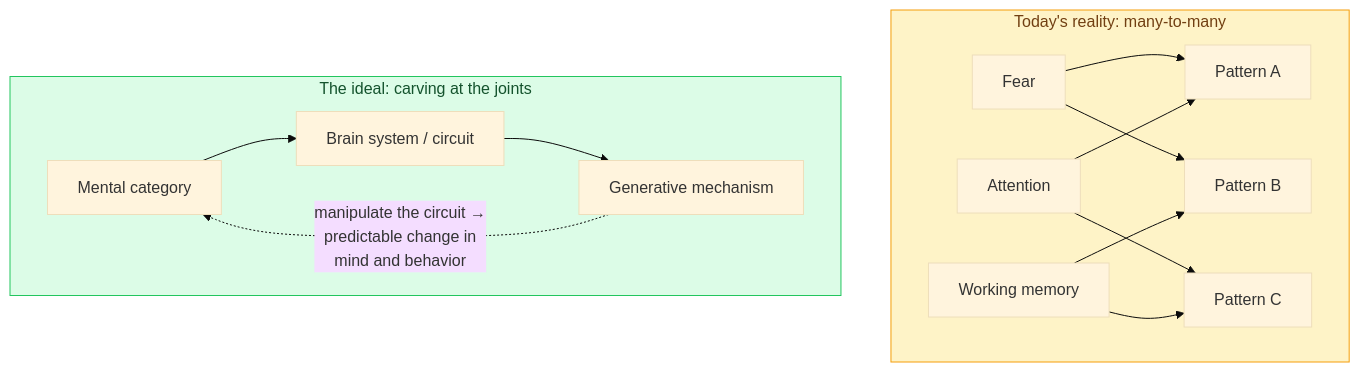
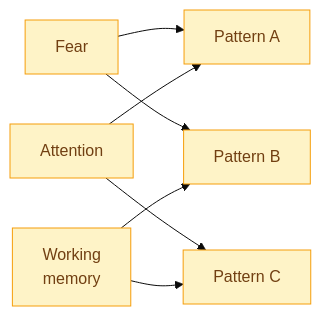
One commit to torwager/elements-of-fmri-tutorials changed the second of 6 diagrams in part1/ch02-mechanisms-and-concepts-brain-and.md. Above: the diagram before and after it, drawn with Mermaid (base theme). The commit also changed other lines of this file and 64 other files, not shown here.

First line of the commit message:
Polish batch A (ch 1-21): equation where-lines + hover tooltips, verbose comments, example outputs, resource links, figure rights + fixes, mermaid cleanup

````diff
--- a/part1/ch02-mechanisms-and-concepts-brain-and.md
+++ b/part1/ch02-mechanisms-and-concepts-brain-and.md
@@ -39,20 +50,15 @@
 ```{mermaid}
 flowchart LR
-    subgraph I["The ideal: carving at the joints"]
-        direction LR
-        C1["Mental category"] --> S1["Brain system / circuit"] --> G1["Generative mechanism"]
-        G1 -.->|"manipulate the circuit →<br/>predictable change in<br/>mind and behavior"| C1
-    end
-    subgraph R["Today's reality: many-to-many"]
-        direction LR
-        F1["Fear"] --> P1["Pattern A"]
-        F1 --> P2["Pattern B"]
-        A1["Attention"] --> P1
-        A1 --> P3["Pattern C"]
-        W1["Working memory"] --> P2
-        W1 --> P3
-    end
-    I ~~~ R
-    style I fill:#dcfce7,stroke:#22c55e,color:#14532d
-    style R fill:#fef3c7,stroke:#f59e0b,color:#713f12
+    F1["Fear"] --> P1["Pattern A"]
+    F1 --> P2["Pattern B"]
+    A1["Attention"] --> P1
+    A1 --> P3["Pattern C"]
+    W1["Working<br/>memory"] --> P2
+    W1 --> P3
+    style F1 fill:#fef3c7,stroke:#f59e0b,color:#713f12
+    style A1 fill:#fef3c7,stroke:#f59e0b,color:#713f12
+    style W1 fill:#fef3c7,stroke:#f59e0b,color:#713f12
+    style P1 fill:#fef3c7,stroke:#f59e0b,color:#713f12
+    style P2 fill:#fef3c7,stroke:#f59e0b,color:#713f12
+    style P3 fill:#fef3c7,stroke:#f59e0b,color:#713f12
 ```
````
